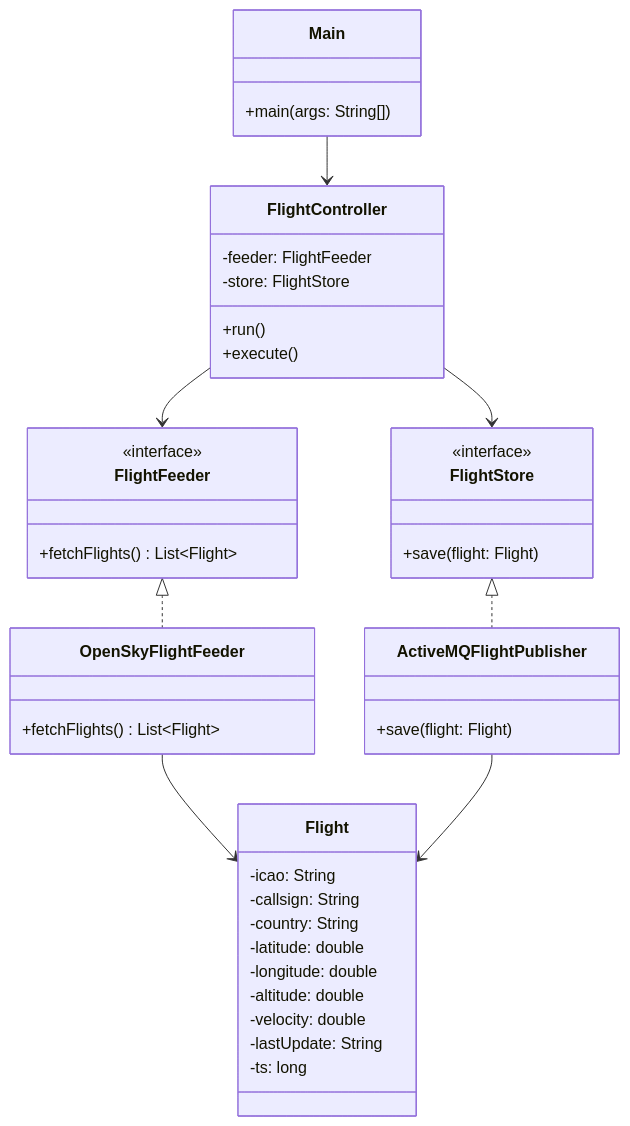
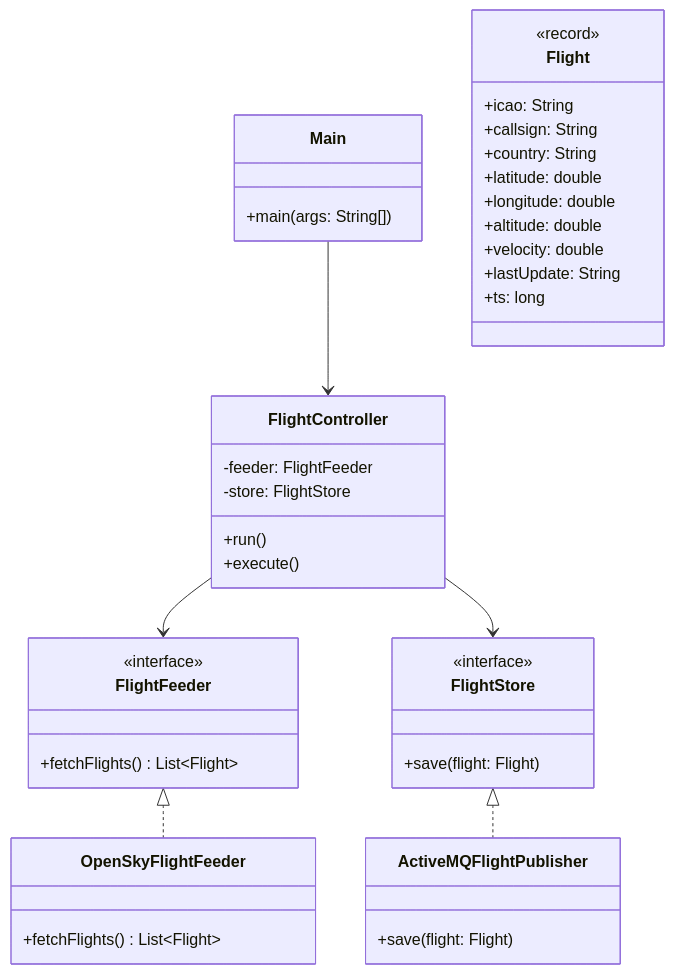
The second of 5 diagrams in README.md (dacd-projects/skywatch), drawn with Mermaid before and after one commit. The commit also changed other lines of this file, not shown here.

Commit message:
README with architecture diagrams, API examples and design principles

````diff
--- a/README.md
+++ b/README.md
@@ -80,45 +99,44 @@
 ```mermaid
 classDiagram
     class Main {
         +main(args: String[])
     }
     class FlightController {
         -feeder: FlightFeeder
         -store: FlightStore
         +run()
         +execute()
     }
     class FlightFeeder {
         <<interface>>
         +fetchFlights() List~Flight~
     }
     class FlightStore {
         <<interface>>
         +save(flight: Flight)
     }
     class OpenSkyFlightFeeder {
         +fetchFlights() List~Flight~
     }
     class ActiveMQFlightPublisher {
         +save(flight: Flight)
     }
     class Flight {
-        -icao: String
-        -callsign: String
-        -country: String
-        -latitude: double
-        -longitude: double
-        -altitude: double
-        -velocity: double
-        -lastUpdate: String
-        -ts: long
+        <<record>>
+        +icao: String
+        +callsign: String
+        +country: String
+        +latitude: double
+        +longitude: double
+        +altitude: double
+        +velocity: double
+        +lastUpdate: String
+        +ts: long
     }
-
+ 
     Main --> FlightController
     FlightController --> FlightFeeder
     FlightController --> FlightStore
     FlightFeeder <|.. OpenSkyFlightFeeder
     FlightStore <|.. ActiveMQFlightPublisher
-    OpenSkyFlightFeeder --> Flight
-    ActiveMQFlightPublisher --> Flight
 ```
````
